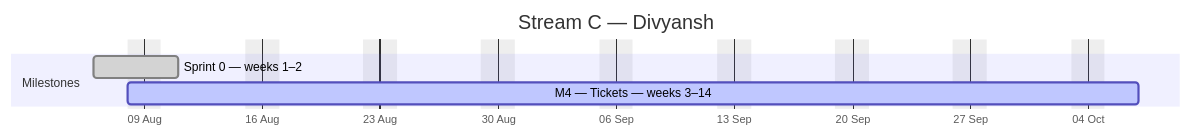
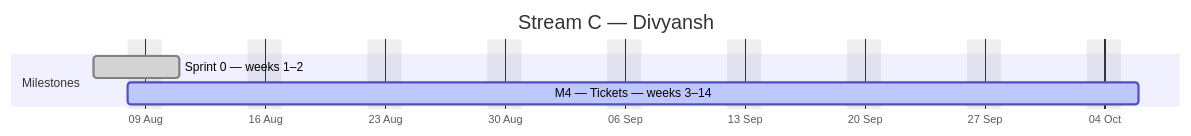
The third of 4 diagrams in docs/plan/GANTT.md (debashisedunext/EduTrack), drawn with Mermaid before and after one commit. The commit also changed other lines of this file and 3 other files, not shown here.

````diff
--- a/docs/plan/GANTT.md
+++ b/docs/plan/GANTT.md
@@ -134,10 +134,10 @@
 ```mermaid
 gantt
     dateFormat YYYY-MM-DD
     axisFormat %d %b
     title Stream C — Divyansh
     excludes weekends
     section Milestones
     Sprint 0 — weeks 1–2 :done, c0, 2026-08-06, 3d
-    M4 — Tickets — weeks 3–14 :active, c1, 2026-08-08, 43d
+    M4 — Tickets — weeks 3–14 :active, c1, 2026-08-08, 42d
 ```
````
